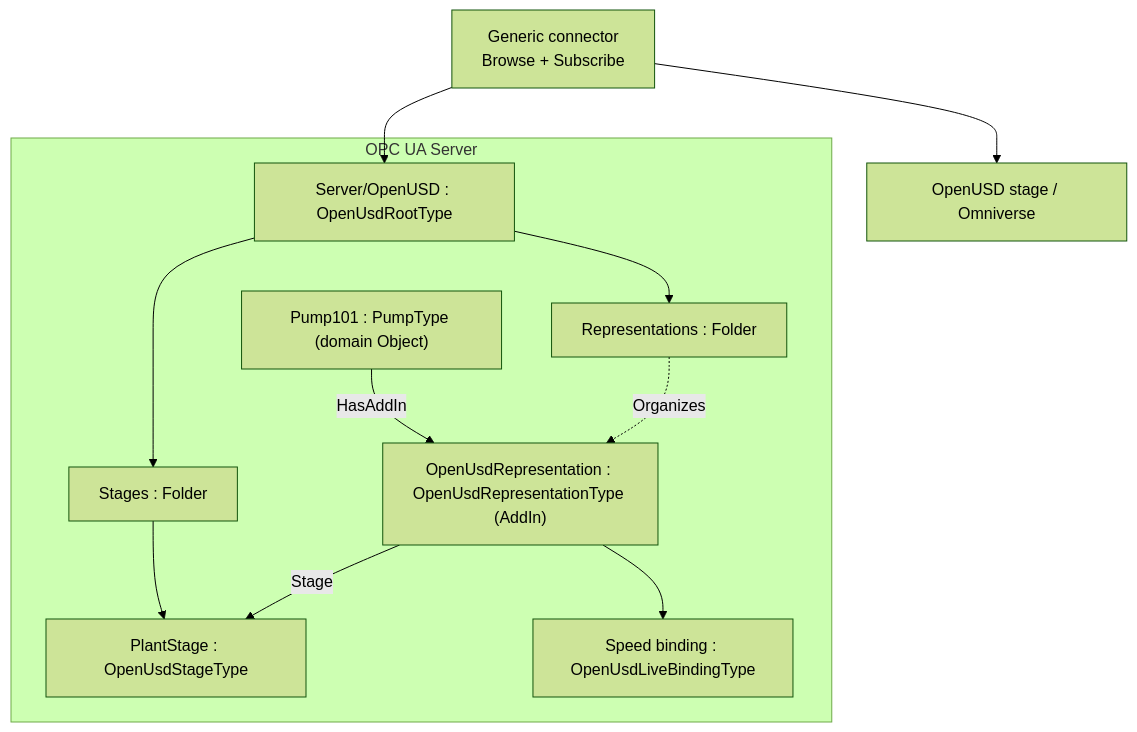
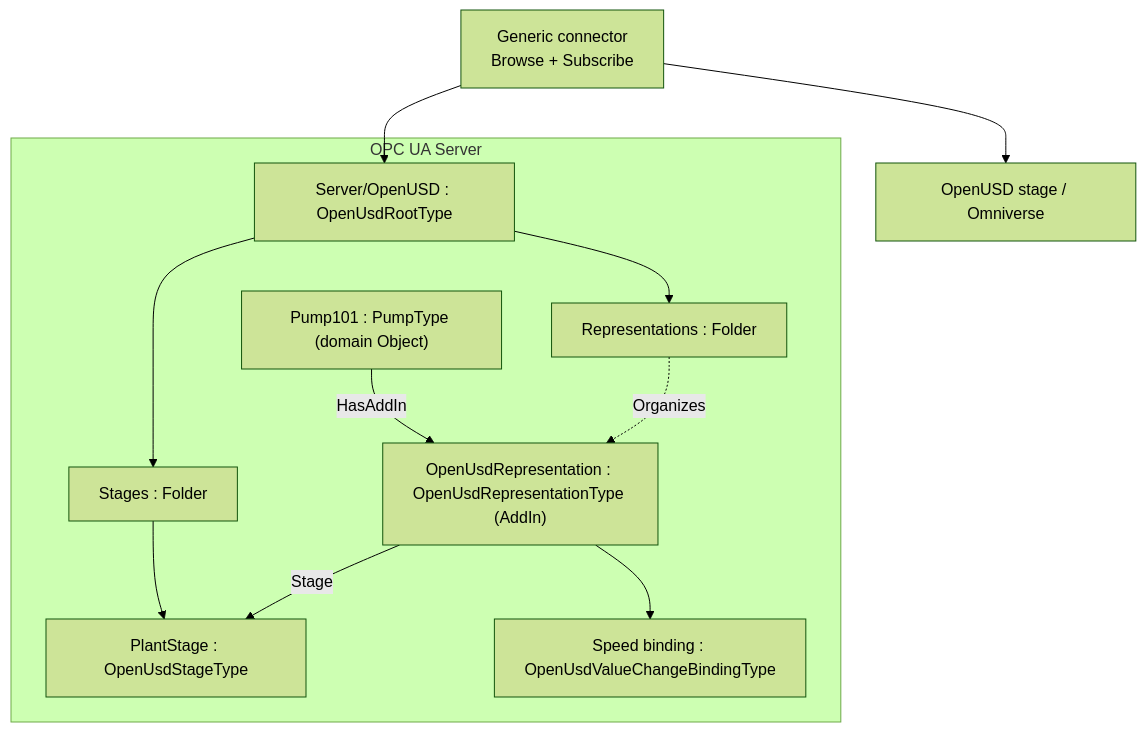
Before and after one commit to marcschier/opcua-drafts: the first of 3 diagrams in core-specs/openusd-binding/OPC-UA-OpenUSD-Bindings.md, drawn with Mermaid (forest theme). The commit also changed other lines of this file and 11 other files, not shown here.

First line of the commit message:
OpenUSD Bindings: intent-subtype live bindings + server-delivered asset content (#14)

````diff
--- a/core-specs/openusd-binding/OPC-UA-OpenUSD-Bindings.md
+++ b/core-specs/openusd-binding/OPC-UA-OpenUSD-Bindings.md
@@ -121,20 +124,20 @@
 ```mermaid
 flowchart TD
   subgraph Server["OPC UA Server"]
     OU["Server/OpenUSD : OpenUsdRootType"]
     ST["Stages : Folder"]
     RP["Representations : Folder"]
     STG["PlantStage : OpenUsdStageType"]
     OBJ["Pump101 : PumpType (domain Object)"]
     REP["OpenUsdRepresentation : OpenUsdRepresentationType (AddIn)"]
-    BND["Speed binding : OpenUsdLiveBindingType"]
+    BND["Speed binding : OpenUsdValueChangeBindingType"]
     OU --> ST --> STG
     OU --> RP
     OBJ -->|HasAddIn| REP
     RP -.Organizes.-> REP
     REP --> BND
     REP -->|Stage| STG
   end
   CONN["Generic connector<br/>Browse + Subscribe"] --> OU
   CONN --> USD["OpenUSD stage / Omniverse"]
 ```
````
